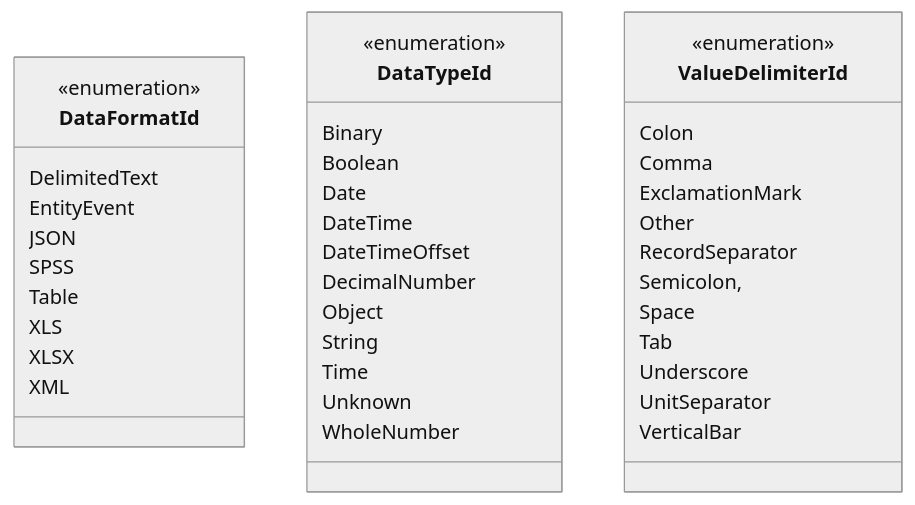
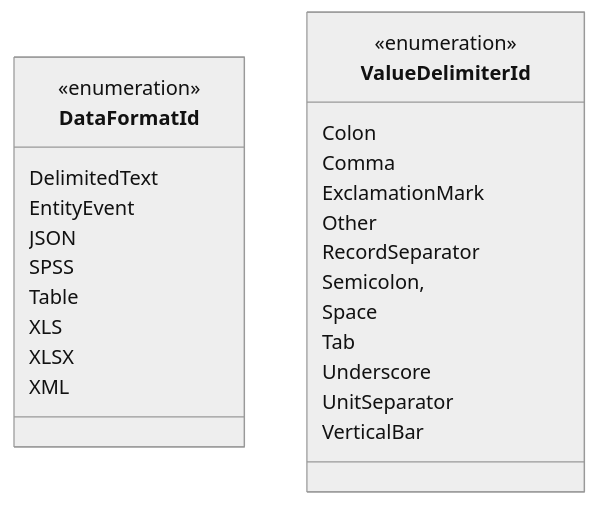
Diagram 13 of 22 in README.md (data-positioning/datapos-shared), drawn with Mermaid (neutral theme) before and after one commit. The commit also changed other lines of this file and 3 other files, not shown here.

````diff
--- a/README.md
+++ b/README.md
@@ -487,46 +487,31 @@
 ```mermaid
 classDiagram
     direction TB
 
     class DataFormatId {
         <<enumeration>>
         DelimitedText
         EntityEvent
         JSON
         SPSS
         Table
         XLS
         XLSX
         XML
-    }
-
-    class DataTypeId {
-        <<enumeration>>
-        Binary
-        Boolean
-        Date
-        DateTime
-        DateTimeOffset
-        DecimalNumber
-        Object
-        String
-        Time
-        Unknown
-        WholeNumber
     }
 
     class ValueDelimiterId {
         <<enumeration>>
         Colon
         Comma
         ExclamationMark
         Other
         RecordSeparator
         Semicolon,
         Space
         Tab
         Underscore
         UnitSeparator
         VerticalBar
     }
 ```
````
